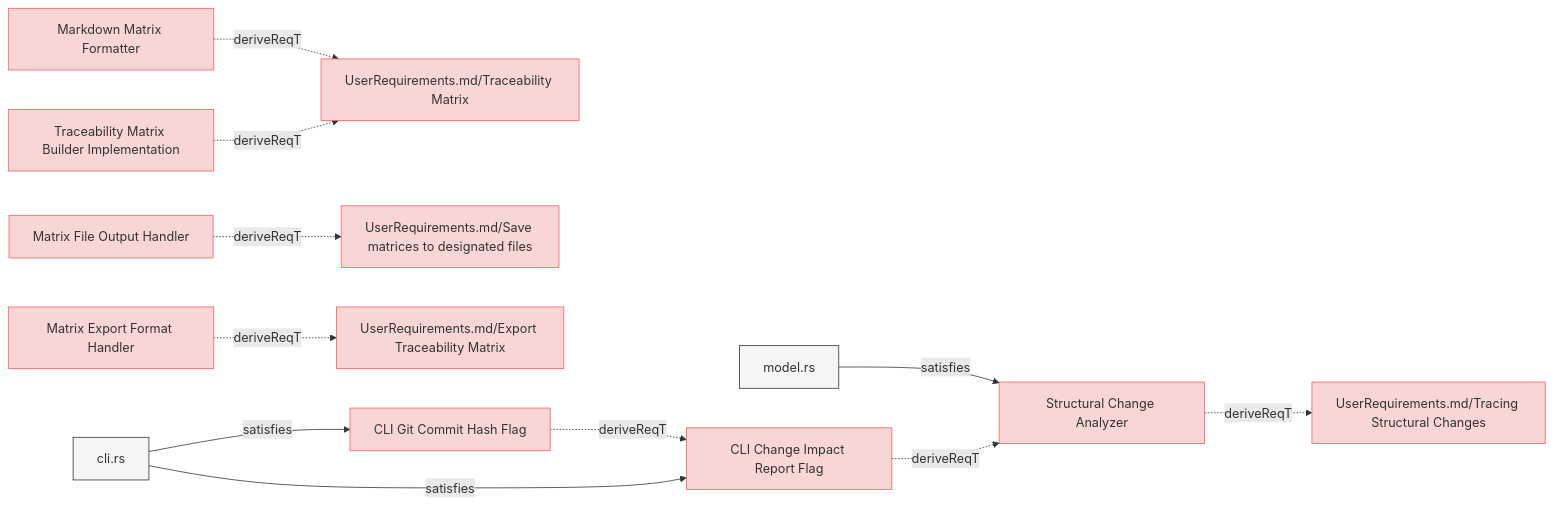
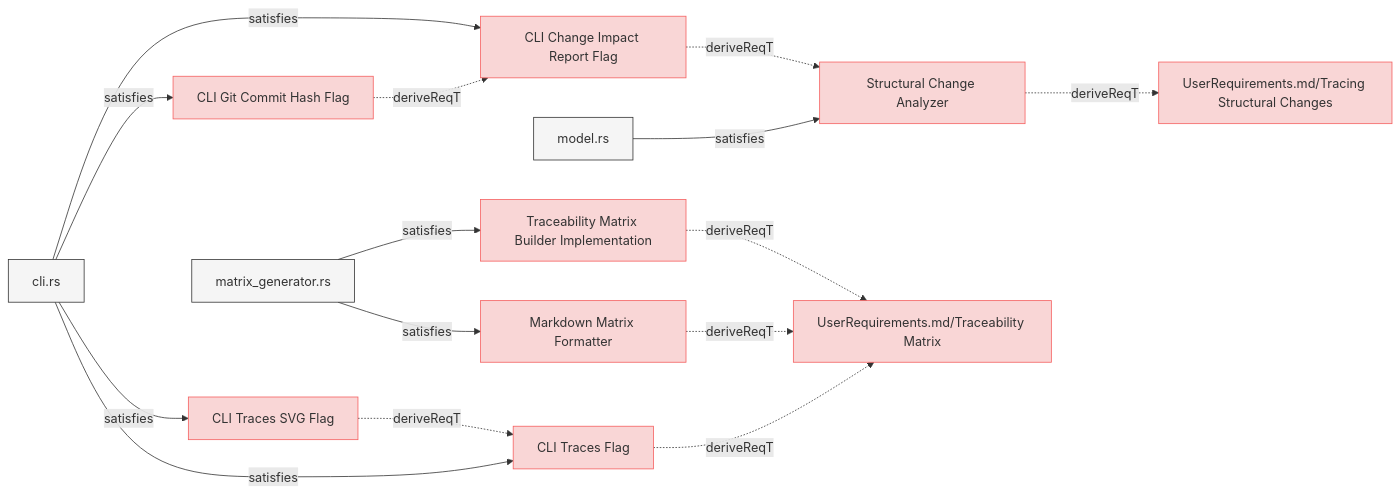
Before and after one commit to reqvire-org/reqvire: the sixth of 8 diagrams in specifications/SystemRequirements/Requirements.md, drawn with Mermaid. The commit also changed other lines of this file and 17 other files, not shown here.

First line of the commit message:
Enhance diagram links with stable git repository URLs

````diff
--- a/specifications/SystemRequirements/Requirements.md
+++ b/specifications/SystemRequirements/Requirements.md
@@ -698,58 +688,59 @@
 ```mermaid
 graph LR;
   %% Graph styling
   classDef requirement fill:#f9d6d6,stroke:#f55f5f,stroke-width:1px;
   classDef verification fill:#d6f9d6,stroke:#5fd75f,stroke-width:1px;
   classDef externalLink fill:#d0e0ff,stroke:#3080ff,stroke-width:1px;
   classDef default fill:#f5f5f5,stroke:#333333,stroke-width:1px;
 
+  665b7456c9b61ded["CLI Change Impact Report Flag"];
+  click 665b7456c9b61ded "https://github.com/ilijaljubicic/ReqFlow/blob/a94231473c9a4a56fe21608ebd13787e0cc3f2dc/specifications/SystemRequirements/Requirements.md#cli-change-impact-report-flag";
+  class 665b7456c9b61ded requirement;
   918cc4a26d642f30["Structural Change Analyzer"];
-  click 918cc4a26d642f30 "Requirements.md#structural-change-analyzer";
   class 918cc4a26d642f30 requirement;
+  click 918cc4a26d642f30 "https://github.com/ilijaljubicic/ReqFlow/blob/a94231473c9a4a56fe21608ebd13787e0cc3f2dc/specifications/SystemRequirements/Requirements.md#structural-change-analyzer";
+  665b7456c9b61ded -.->|deriveReqT| 918cc4a26d642f30;
+  11ffc4632afd7c4c["cli.rs"];
+  class 11ffc4632afd7c4c default;
+  click 11ffc4632afd7c4c "https://github.com/ilijaljubicic/ReqFlow/blob/a94231473c9a4a56fe21608ebd13787e0cc3f2dc/cli/src/cli.rs";
+  11ffc4632afd7c4c -->|satisfies| 665b7456c9b61ded;
+  5eca866a0338e0fe["Traceability Matrix Builder Implementation"];
+  click 5eca866a0338e0fe "https://github.com/ilijaljubicic/ReqFlow/blob/a94231473c9a4a56fe21608ebd13787e0cc3f2dc/specifications/SystemRequirements/Requirements.md#traceability-matrix-builder-implementation";
+  class 5eca866a0338e0fe requirement;
+  ba40352f8e72c125["UserRequirements.md/Traceability Matrix"];
+  class ba40352f8e72c125 requirement;
+  click ba40352f8e72c125 "https://github.com/ilijaljubicic/ReqFlow/blob/a94231473c9a4a56fe21608ebd13787e0cc3f2dc/specifications/UserRequirements.md#traceability-matrix";
+  5eca866a0338e0fe -.->|deriveReqT| ba40352f8e72c125;
+  48ddeb303b98f1b4["matrix_generator.rs"];
+  class 48ddeb303b98f1b4 default;
+  click 48ddeb303b98f1b4 "https://github.com/ilijaljubicic/ReqFlow/blob/a94231473c9a4a56fe21608ebd13787e0cc3f2dc/core/src/matrix_generator.rs";
+  48ddeb303b98f1b4 -->|satisfies| 5eca866a0338e0fe;
+  1ffba11189b9b4c8["CLI Traces SVG Flag"];
+  click 1ffba11189b9b4c8 "https://github.com/ilijaljubicic/ReqFlow/blob/a94231473c9a4a56fe21608ebd13787e0cc3f2dc/specifications/SystemRequirements/Requirements.md#cli-traces-svg-flag";
+  class 1ffba11189b9b4c8 requirement;
+  438a74e06c98c101["CLI Traces Flag"];
+  class 438a74e06c98c101 requirement;
+  click 438a74e06c98c101 "https://github.com/ilijaljubicic/ReqFlow/blob/a94231473c9a4a56fe21608ebd13787e0cc3f2dc/specifications/SystemRequirements/Requirements.md#cli-traces-flag";
+  1ffba11189b9b4c8 -.->|deriveReqT| 438a74e06c98c101;
+  11ffc4632afd7c4c -->|satisfies| 1ffba11189b9b4c8;
   91ebf7e73d5ac081["UserRequirements.md/Tracing Structural Changes"];
   class 91ebf7e73d5ac081 requirement;
-  click 91ebf7e73d5ac081 "../UserRequirements.md#tracing-structural-changes";
+  click 91ebf7e73d5ac081 "https://github.com/ilijaljubicic/ReqFlow/blob/a94231473c9a4a56fe21608ebd13787e0cc3f2dc/specifications/UserRequirements.md#tracing-structural-changes";
   918cc4a26d642f30 -.->|deriveReqT| 91ebf7e73d5ac081;
   cc976e6bcded86e7["model.rs"];
   class cc976e6bcded86e7 default;
-  click cc976e6bcded86e7 "../../core/src/change_impact.rs";
+  click cc976e6bcded86e7 "https://github.com/ilijaljubicic/ReqFlow/blob/a94231473c9a4a56fe21608ebd13787e0cc3f2dc/core/src/change_impact.rs";
   cc976e6bcded86e7 -->|satisfies| 918cc4a26d642f30;
   d7e5fbf806d650d9["Markdown Matrix Formatter"];
-  click d7e5fbf806d650d9 "Requirements.md#markdown-matrix-formatter";
+  click d7e5fbf806d650d9 "https://github.com/ilijaljubicic/ReqFlow/blob/a94231473c9a4a56fe21608ebd13787e0cc3f2dc/specifications/SystemRequirements/Requirements.md#markdown-matrix-formatter";
   class d7e5fbf806d650d9 requirement;
-  ba40352f8e72c125["UserRequirements.md/Traceability Matrix"];
-  class ba40352f8e72c125 requirement;
-  click ba40352f8e72c125 "../UserRequirements.md#traceability-matrix";
   d7e5fbf806d650d9 -.->|deriveReqT| ba40352f8e72c125;
-  5eca866a0338e0fe["Traceability Matrix Builder Implementation"];
-  click 5eca866a0338e0fe "Requirements.md#traceability-matrix-builder-implementation";
-  class 5eca866a0338e0fe requirement;
-  5eca866a0338e0fe -.->|deriveReqT| ba40352f8e72c125;
-  83a2343e97857828["Matrix File Output Handler"];
-  click 83a2343e97857828 "Requirements.md#matrix-file-output-handler";
-  class 83a2343e97857828 requirement;
-  c4b025f6ac8438c7["UserRequirements.md/Save matrices to designated files"];
-  class c4b025f6ac8438c7 requirement;
-  click c4b025f6ac8438c7 "../UserRequirements.md#save-matrices-to-designated-files";
-  83a2343e97857828 -.->|deriveReqT| c4b025f6ac8438c7;
-  8897111f9b3656ce["Matrix Export Format Handler"];
-  click 8897111f9b3656ce "Requirements.md#matrix-export-format-handler";
-  class 8897111f9b3656ce requirement;
-  4b7b4328173caada["UserRequirements.md/Export Traceability Matrix"];
-  class 4b7b4328173caada requirement;
-  click 4b7b4328173caada "../UserRequirements.md#export-traceability-matrix";
-  8897111f9b3656ce -.->|deriveReqT| 4b7b4328173caada;
+  48ddeb303b98f1b4 -->|satisfies| d7e5fbf806d650d9;
   b8b40184613535c1["CLI Git Commit Hash Flag"];
-  click b8b40184613535c1 "Requirements.md#cli-git-commit-hash-flag";
+  click b8b40184613535c1 "https://github.com/ilijaljubicic/ReqFlow/blob/a94231473c9a4a56fe21608ebd13787e0cc3f2dc/specifications/SystemRequirements/Requirements.md#cli-git-commit-hash-flag";
   class b8b40184613535c1 requirement;
-  665b7456c9b61ded["CLI Change Impact Report Flag"];
-  class 665b7456c9b61ded requirement;
-  click 665b7456c9b61ded "Requirements.md#cli-change-impact-report-flag";
   b8b40184613535c1 -.->|deriveReqT| 665b7456c9b61ded;
-  11ffc4632afd7c4c["cli.rs"];
-  class 11ffc4632afd7c4c default;
-  click 11ffc4632afd7c4c "../../cli/src/cli.rs";
   11ffc4632afd7c4c -->|satisfies| b8b40184613535c1;
-  665b7456c9b61ded -.->|deriveReqT| 918cc4a26d642f30;
-  11ffc4632afd7c4c -->|satisfies| 665b7456c9b61ded;
+  438a74e06c98c101 -.->|deriveReqT| ba40352f8e72c125;
+  11ffc4632afd7c4c -->|satisfies| 438a74e06c98c101;
 ```
````
